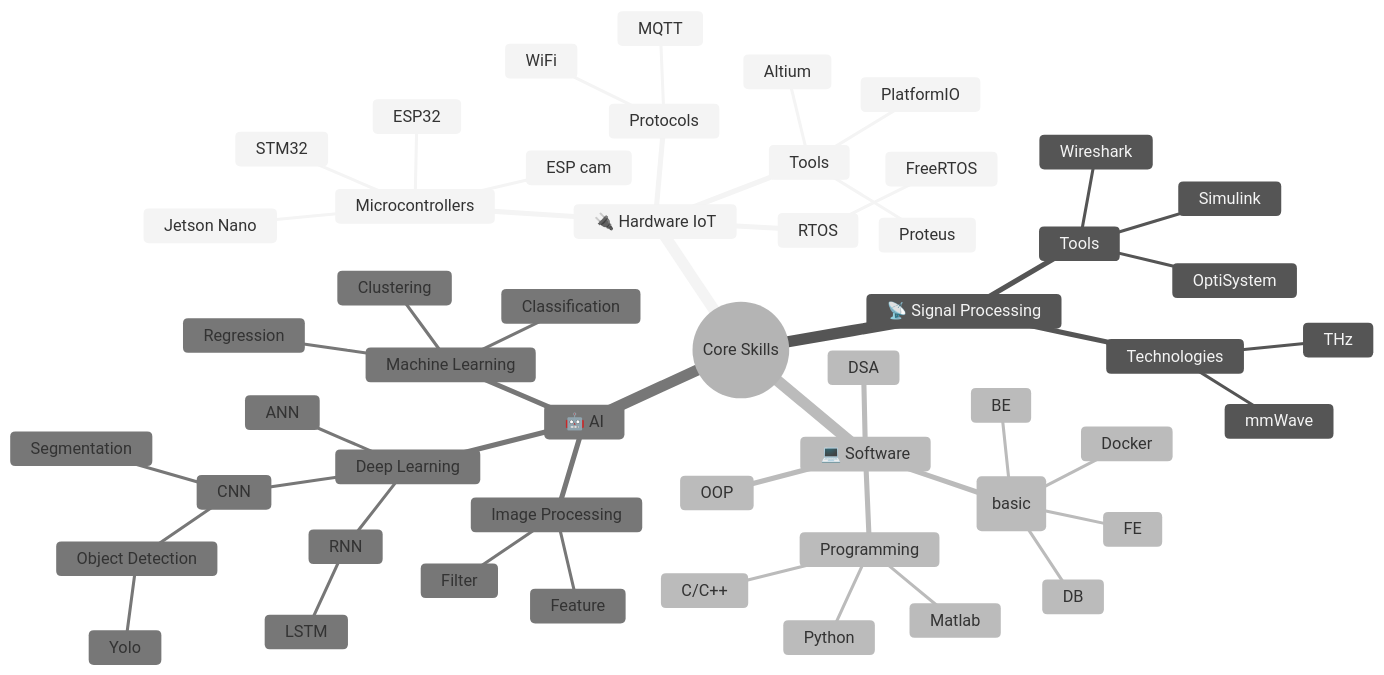
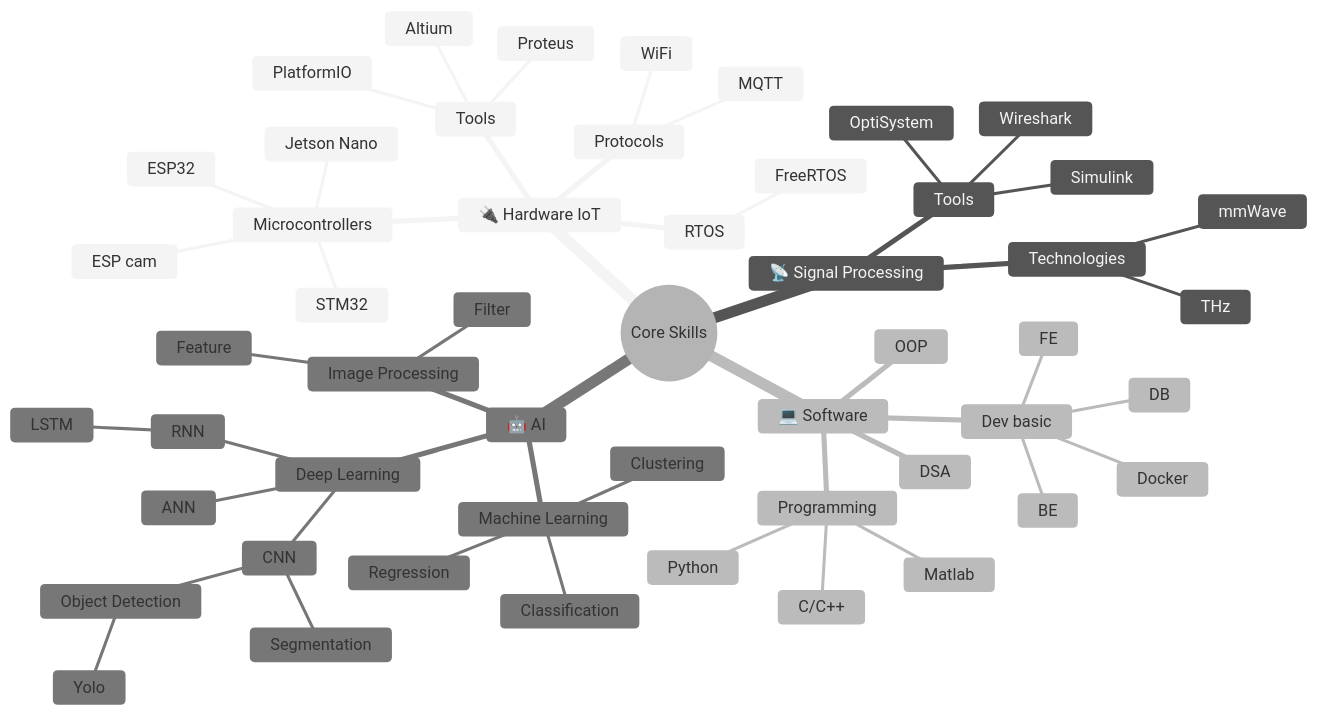
The diagram in README.md (bathanh0309/bathanh0309), drawn with Mermaid (neutral theme) before and after one commit.

````diff
--- a/README.md
+++ b/README.md
@@ -140,55 +140,55 @@
 ```mermaid
 mindmap
   root((Core Skills))
     🔌 Hardware IoT
       Microcontrollers
         ESP32
         STM32
         ESP cam
         Jetson Nano
       RTOS
         FreeRTOS
       Protocols
         MQTT
         WiFi
       Tools
         PlatformIO
         Proteus
         Altium
     📡 Signal Processing
       Technologies
         mmWave
         THz
       Tools
         Simulink
         OptiSystem
         Wireshark
     💻 Software
-      Dev (basic)
+      Dev basic
         FE
         BE
         DB
         Docker
       OOP
       DSA
       Programming
         C/C++
         Python
         Matlab
     🤖 AI 
       Machine Learning
         Classification
         Regression
         Clustering
       Deep Learning
         ANN
         CNN
           Segmentation
           Object Detection
             Yolo
         RNN
           LSTM
       Image Processing
         Feature
         Filter
 ```
````
